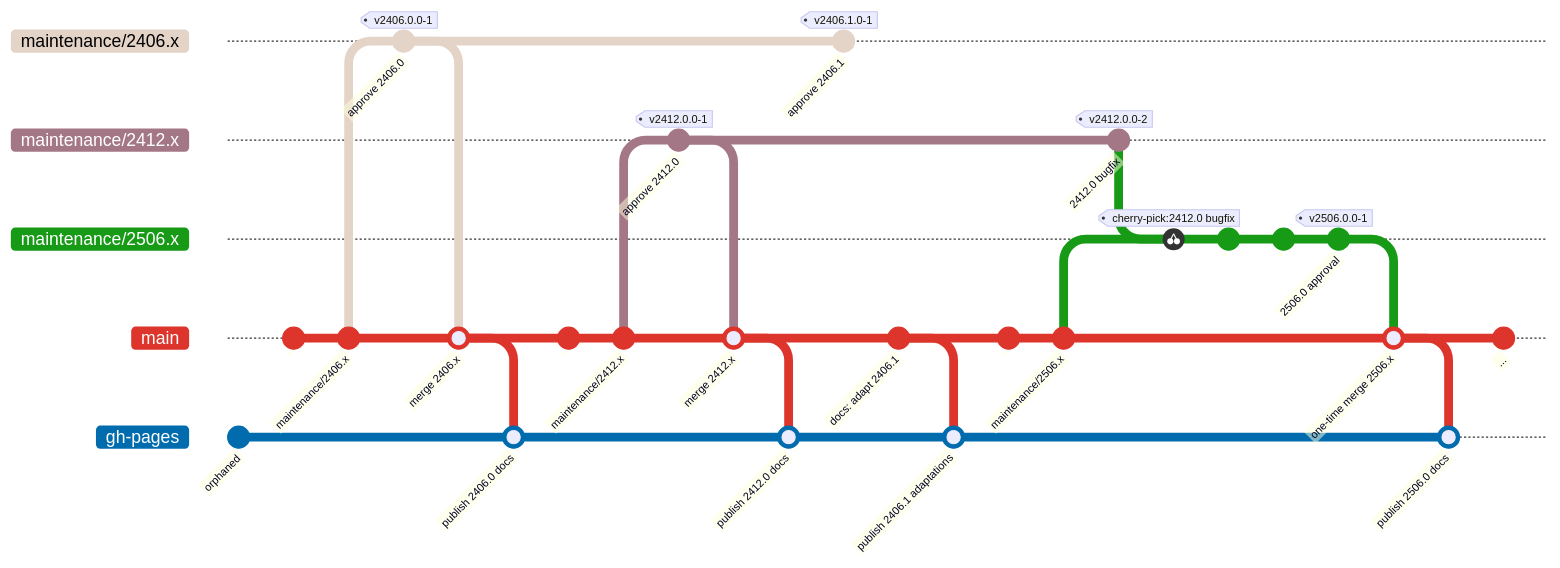
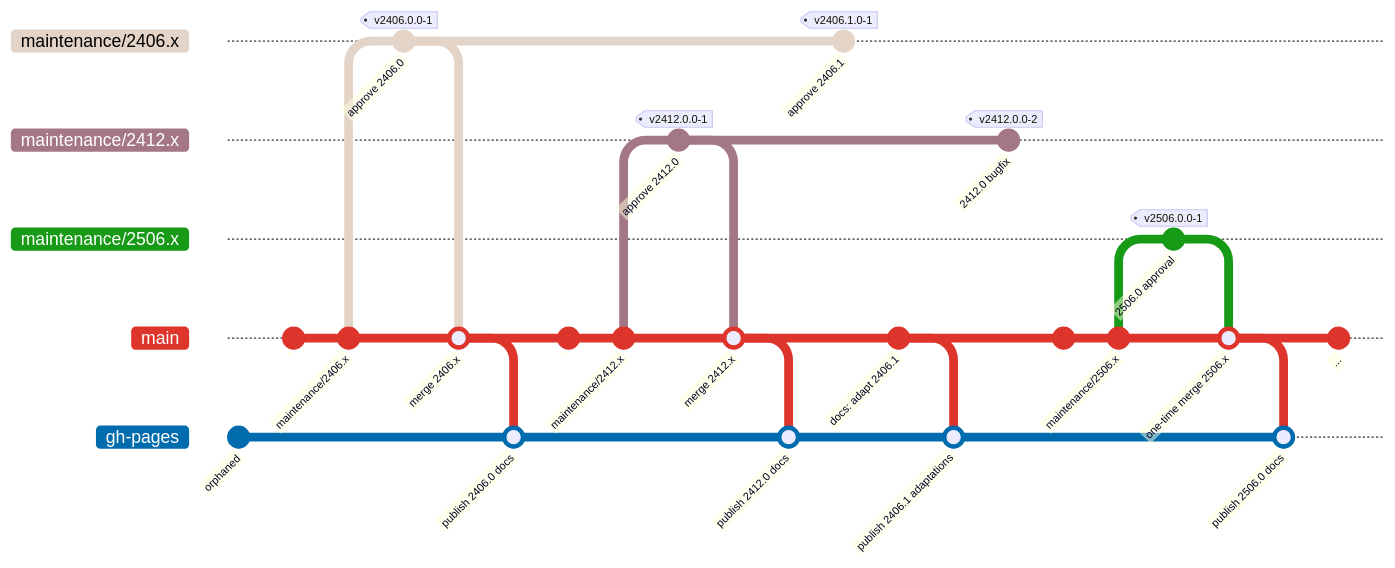
One commit to CoreMedia/coremedia-globallink-connect-integration changed the diagram in website/dev/repository/branches.md. Above: the diagram before and after it, drawn with Mermaid. The commit also changed other lines of this file, not shown here.

````diff
--- a/website/dev/repository/branches.md
+++ b/website/dev/repository/branches.md
@@ -7,66 +11,62 @@
 ```mermaid
 ---
 config:
   theme: 'default'
   themeVariables:
       'git0': '#e4d4c8'
       'git1': '#a47786'
       'git2': '#179b17'
       'git3': '#dd342b'
       'git4': '#006cae'
       'git5': '#9db6cc'
       'gitBranchLabel0': '#000000'
       'gitBranchLabel1': '#ffffff'
       'gitBranchLabel2': '#ffffff'
       'gitBranchLabel3': '#ffffff'
       'gitBranchLabel4': '#ffffff'
       'gitBranchLabel5': '#000000'
   gitGraph:
     mainBranchOrder: 97
 ---
 gitGraph:
   branch gh-pages order: 98
   commit id: "orphaned"
   checkout main
   commit id: " "
   commit id: "maintenance/2406.x"
   branch maintenance/2406.x
   commit id: "approve 2406.0" tag: "v2406.0.0-1"
   checkout main
   merge maintenance/2406.x id: "merge 2406.x"
   checkout gh-pages
   merge main id: "publish 2406.0 docs"
   checkout main
   commit id: "  "
   commit id: "maintenance/2412.x"
   branch maintenance/2412.x
   commit id: "approve 2412.0" tag: "v2412.0.0-1"
   checkout main
   merge maintenance/2412.x id: "merge 2412.x"
   checkout gh-pages
   merge main id: "publish 2412.0 docs"
   checkout main
   checkout maintenance/2406.x
   commit id: "approve 2406.1" tag: "v2406.1.0-1"
   checkout main
   commit id: "docs: adapt 2406.1"
   checkout gh-pages
   merge main id: "publish 2406.1 adaptations"
+  checkout maintenance/2412.x
+  commit id: "2412.0 bugfix" tag: "v2412.0.0-2"
   checkout main
   commit id: "   "
   commit id: "maintenance/2506.x"
   branch maintenance/2506.x
-  checkout maintenance/2412.x
-  commit id: "2412.0 bugfix" tag: "v2412.0.0-2"
-  checkout maintenance/2506.x
-  cherry-pick id: "2412.0 bugfix"
-  commit id: "    "
-  commit id: "     "
   commit id: "2506.0 approval" tag: "v2506.0.0-1"
   checkout main
   merge maintenance/2506.x id: "one-time merge 2506.x"
   checkout gh-pages
   merge main id: "publish 2506.0 docs"
   checkout main
   commit id: "..."
 ```
````
